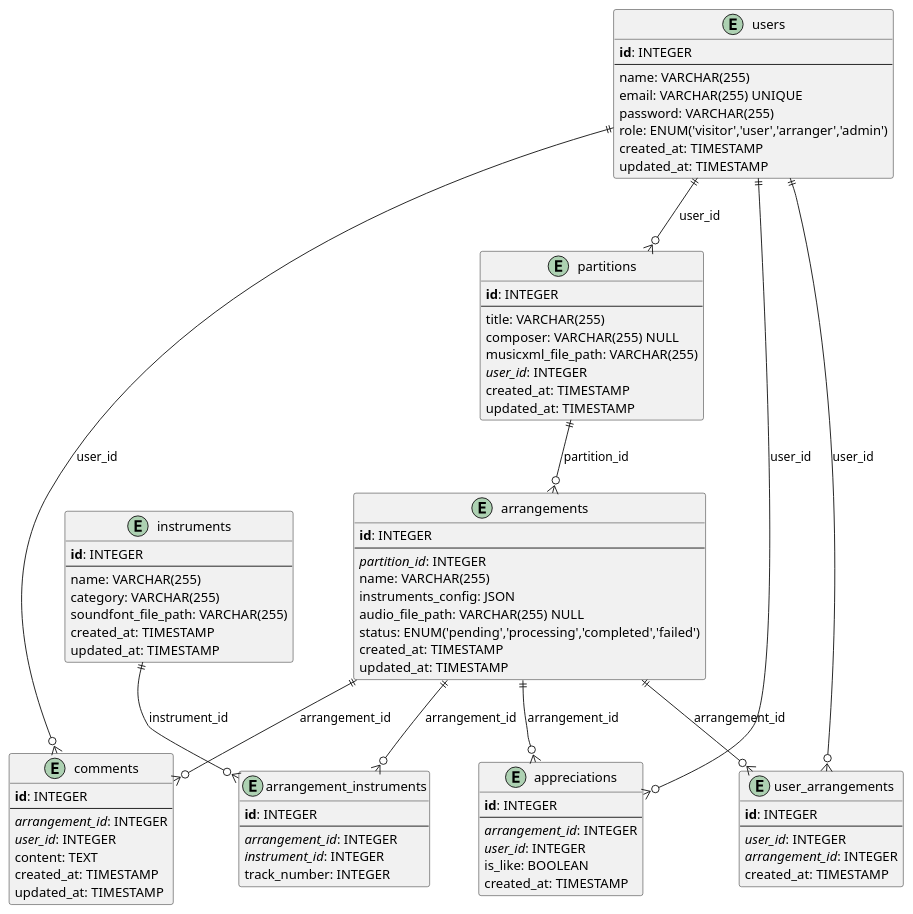
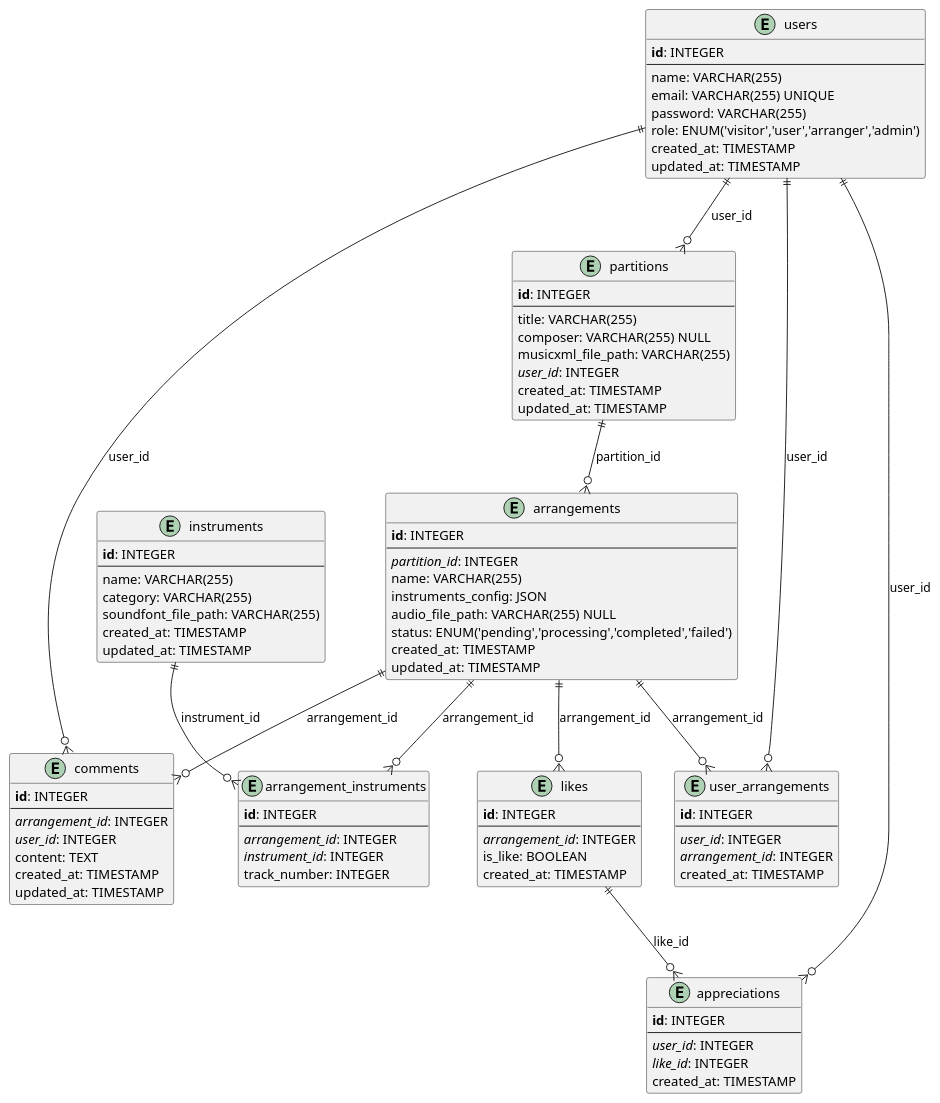
One commit to OretrO/Len-Synphonie changed the second of 2 diagrams in README.md. Above: the diagram before and after it, drawn with PlantUML. The commit also changed other lines of this file, not shown here.

````diff
--- a/README.md
+++ b/README.md
@@ -197,12 +202,19 @@
   updated_at: TIMESTAMP
 }
 
+entity "likes" as likes {
+  <b>id</b>: INTEGER
+  --
+  <i>arrangement_id</i>: INTEGER
+  is_like: BOOLEAN
+  created_at: TIMESTAMP
+}
+
 entity "appreciations" as appreciations {
   <b>id</b>: INTEGER
   --
-  <i>arrangement_id</i>: INTEGER
   <i>user_id</i>: INTEGER
-  is_like: BOOLEAN
+  <i>like_id</i>: INTEGER
   created_at: TIMESTAMP
 }
 
@@ -223,10 +235,12 @@
 
 arrangements ||--o{ arrangement_instruments : "arrangement_id"
 arrangements ||--o{ comments : "arrangement_id"
-arrangements ||--o{ appreciations : "arrangement_id"
+arrangements ||--o{ likes : "arrangement_id"
 arrangements ||--o{ user_arrangements : "arrangement_id"
 
 instruments ||--o{ arrangement_instruments : "instrument_id"
 
+likes ||--o{ appreciations : "like_id"
+
 @enduml
 ```
````
